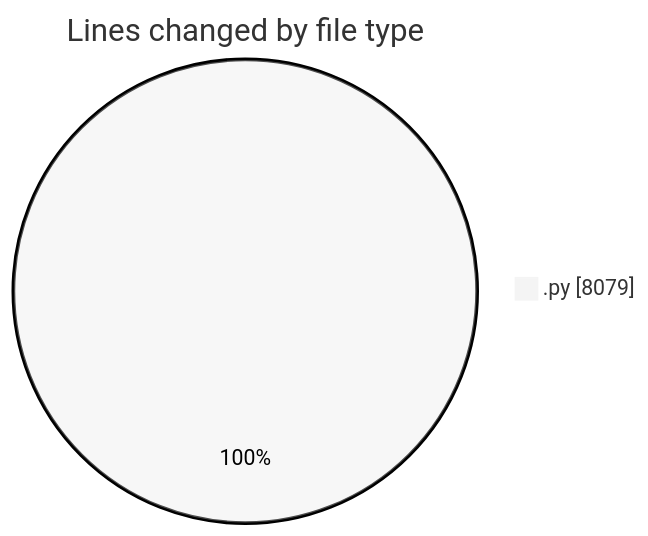
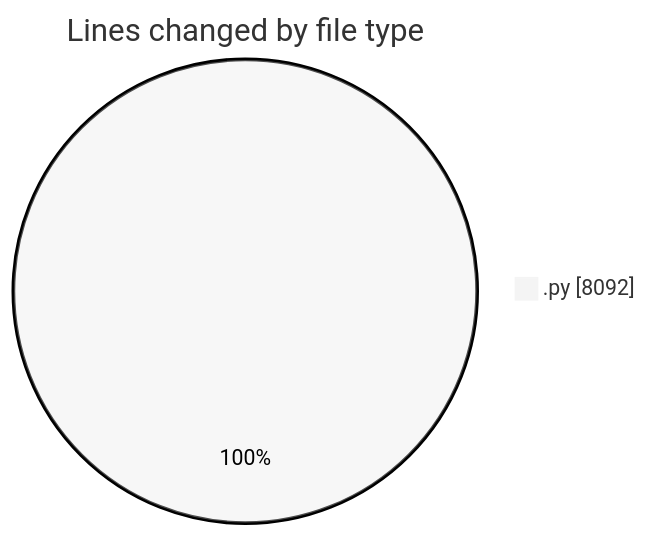
One commit to MatusMokan/code-tracking changed the first of 2 diagrams in 2025-04-18/myws__workspace_/README.md. Above: the diagram before and after it, drawn with Mermaid (neutral theme). The commit also changed other lines of this file and 1 other file, not shown here.

````diff
--- a/2025-04-18/myws__workspace_/README.md
+++ b/2025-04-18/myws__workspace_/README.md
@@ -27,5 +27,5 @@
 ```mermaid
 pie showData
 title Lines changed by file type
-".py" : 8079
+".py" : 8092
 ```
````
